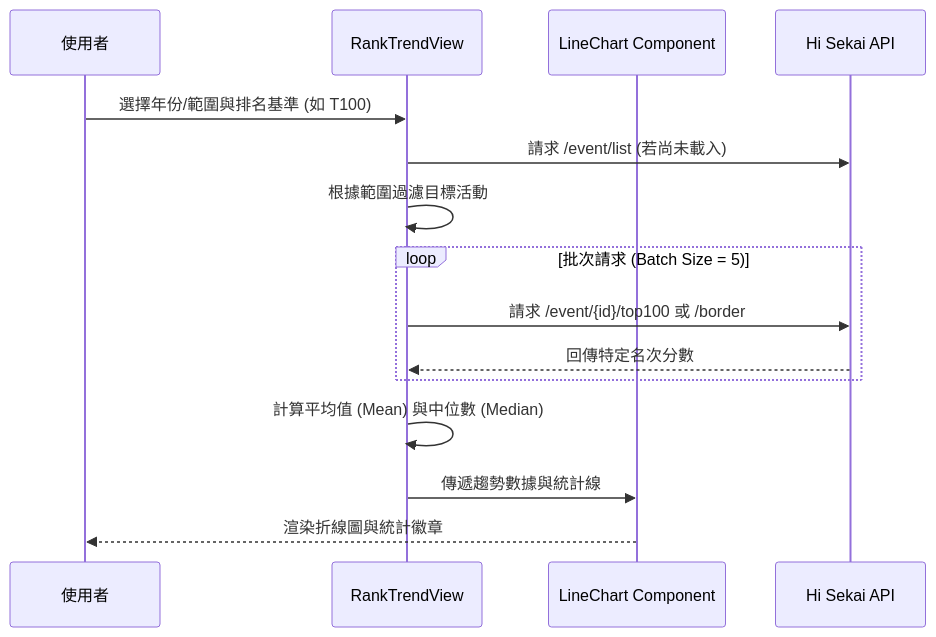
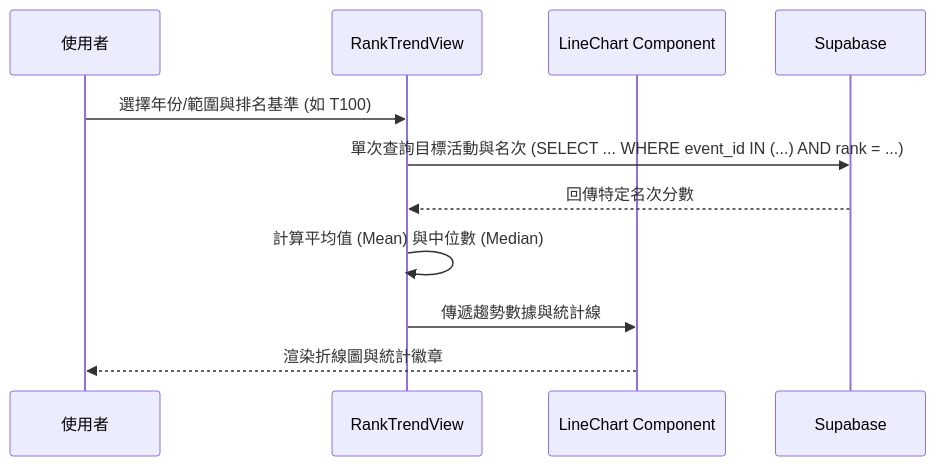
One commit to rockzerox/Project-Sekai-Ranking changed the diagram in docs/PAGE_RANK_TREND.md. Above: the diagram before and after it, drawn with Mermaid. The commit also changed other lines of this file and 65 other files, not shown here.

````diff
--- a/docs/PAGE_RANK_TREND.md
+++ b/docs/PAGE_RANK_TREND.md
@@ -90,18 +88,14 @@
 ```mermaid
 sequenceDiagram
     participant User as 使用者
     participant View as RankTrendView
     participant Chart as LineChart Component
-    participant API as Hi Sekai API
+    participant DB as Supabase
 
     User->>View: 選擇年份/範圍與排名基準 (如 T100)
-    View->>API: 請求 /event/list (若尚未載入)
-    View->>View: 根據範圍過濾目標活動
-    loop 批次請求 (Batch Size = 5)
-        View->>API: 請求 /event/{id}/top100 或 /border
-        API-->>View: 回傳特定名次分數
-    end
+    View->>DB: 單次查詢目標活動與名次 (SELECT ... WHERE event_id IN (...) AND rank = ...)
+    DB-->>View: 回傳特定名次分數
     View->>View: 計算平均值 (Mean) 與中位數 (Median)
     View->>Chart: 傳遞趨勢數據與統計線
     Chart-->>User: 渲染折線圖與統計徽章
 ```
````
